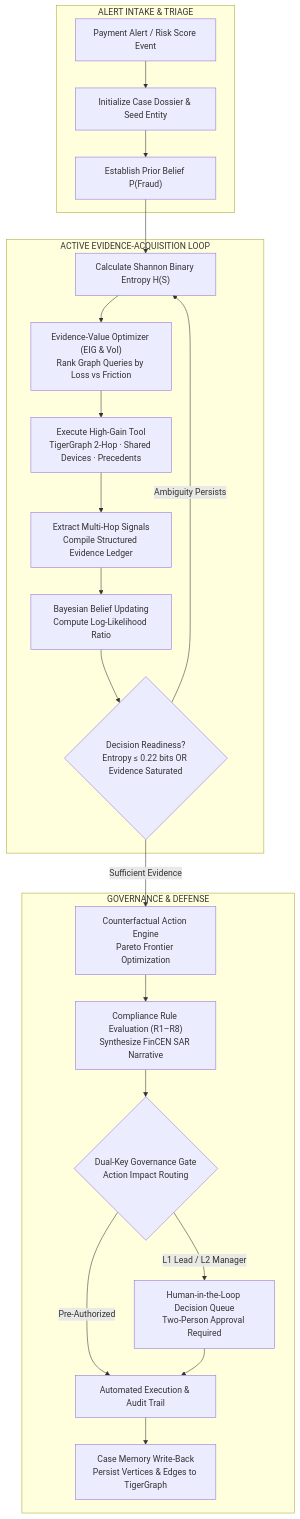
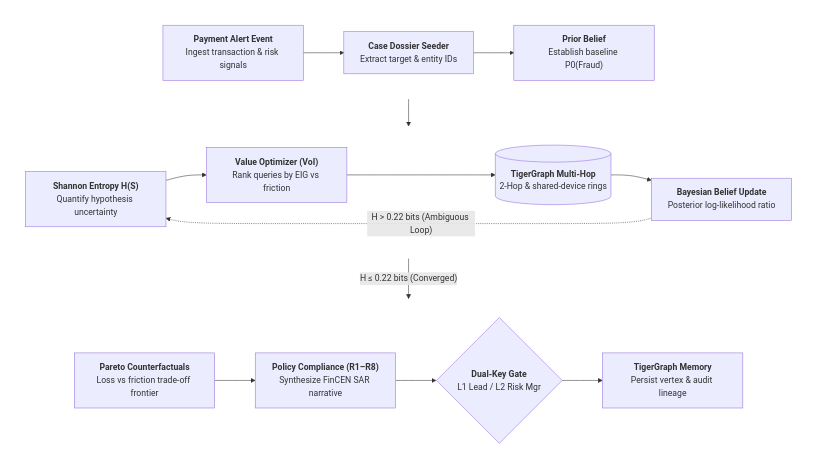
The diagram in README.md (nikhilkumarpanigrahi/Ravel), drawn with Mermaid before and after one commit.

Commit message:
docs: streamline architecture diagram with clean 2D balanced layout

````diff
--- a/README.md
+++ b/README.md
@@ -21,27 +21,30 @@
 ```mermaid
 flowchart TD
-    subgraph Intake ["ALERT INTAKE & TRIAGE"]
-        A["Payment Alert / Risk Score Event"] --> B["Initialize Case Dossier & Seed Entity"]
-        B --> C["Establish Prior Belief P(Fraud)"]
+    %% Row 1: Intake & Case Dossier
+    subgraph Intake [" "]
+        direction LR
+        Alert["<b>Payment Alert Event</b><br/>Ingest transaction & risk signals"] --> Dossier["<b>Case Dossier Seeder</b><br/>Extract target & entity IDs"] --> Prior["<b>Prior Belief</b><br/>Establish baseline P0(Fraud)"]
     end
 
-    subgraph ActiveLearning ["ACTIVE EVIDENCE-ACQUISITION LOOP"]
-        C --> D["Calculate Shannon Binary Entropy H(S)"]
-        D --> E["Evidence-Value Optimizer (EIG & VoI)<br/>Rank Graph Queries by Loss vs Friction"]
-        E --> F["Execute High-Gain Tool<br/>TigerGraph 2-Hop · Shared Devices · Precedents"]
-        F --> G["Extract Multi-Hop Signals<br/>Compile Structured Evidence Ledger"]
-        G --> H["Bayesian Belief Updating<br/>Compute Log-Likelihood Ratio"]
-        H --> I{"Decision Readiness?<br/>Entropy ≤ 0.22 bits OR Evidence Saturated"}
-        I -- "Ambiguity Persists" --> D
+    %% Row 2: Active Graph Intelligence Core
+    subgraph ActiveCore [" "]
+        direction LR
+        Entropy["<b>Shannon Entropy H(S)</b><br/>Quantify hypothesis uncertainty"] --> VoI["<b>Value Optimizer (VoI)</b><br/>Rank queries by EIG vs friction"] --> TG[("<b>TigerGraph Multi-Hop</b><br/>2-Hop & shared-device rings")] --> Bayes["<b>Bayesian Belief Update</b><br/>Posterior log-likelihood ratio"]
     end
 
-    subgraph DecisionGovernance ["GOVERNANCE & DEFENSE"]
-        I -- "Sufficient Evidence" --> J["Counterfactual Action Engine<br/>Pareto Frontier Optimization"]
-        J --> K["Compliance Rule Evaluation (R1–R8)<br/>Synthesize FinCEN SAR Narrative"]
-        K --> L{"Dual-Key Governance Gate<br/>Action Impact Routing"}
-        L -- "L1 Lead / L2 Manager" --> M["Human-in-the-Loop Decision Queue<br/>Two-Person Approval Required"]
-        L -- "Pre-Authorized" --> N["Automated Execution & Audit Trail"]
-        M --> N
-        N --> O["Case Memory Write-Back<br/>Persist Vertices & Edges to TigerGraph"]
+    %% Row 3: Governance & Resolution
+    subgraph Governance [" "]
+        direction LR
+        Pareto["<b>Pareto Counterfactuals</b><br/>Loss vs friction trade-off frontier"] --> Policy["<b>Policy Compliance (R1–R8)</b><br/>Synthesize FinCEN SAR narrative"] --> Gate{"<b>Dual-Key Gate</b><br/>L1 Lead / L2 Risk Mgr"} --> Audit["<b>TigerGraph Memory</b><br/>Persist vertex & audit lineage"]
     end
+
+    %% Cross-Row Downward Progression
+    Prior --> Entropy
+    Bayes -- "H ≤ 0.22 bits (Converged)" --> Pareto
+    Bayes -. "H > 0.22 bits (Ambiguous Loop)" .-> Entropy
+
+    %% Completely Borderless & Transparent
+    style Intake fill:none,stroke:none
+    style ActiveCore fill:none,stroke:none
+    style Governance fill:none,stroke:none
 ```
````
